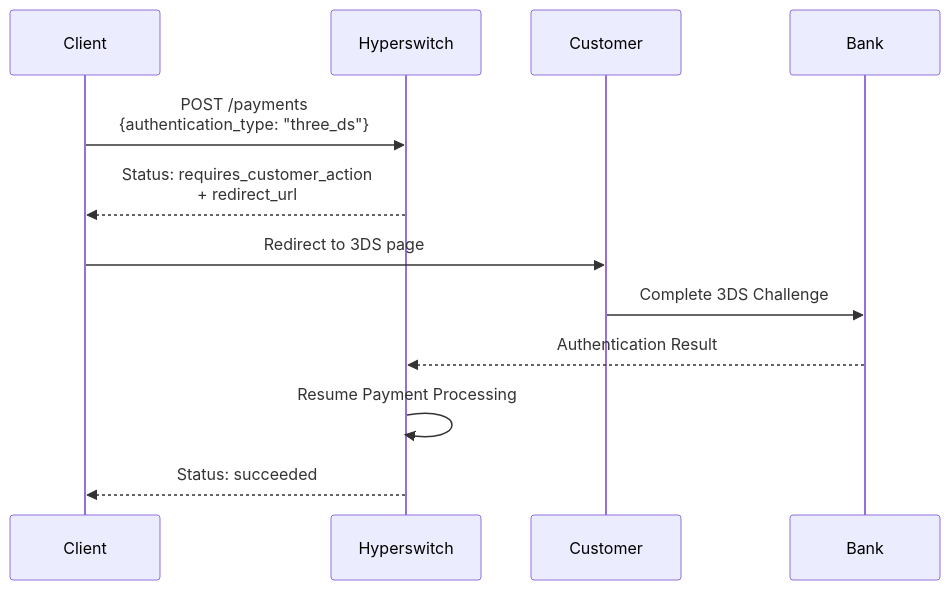
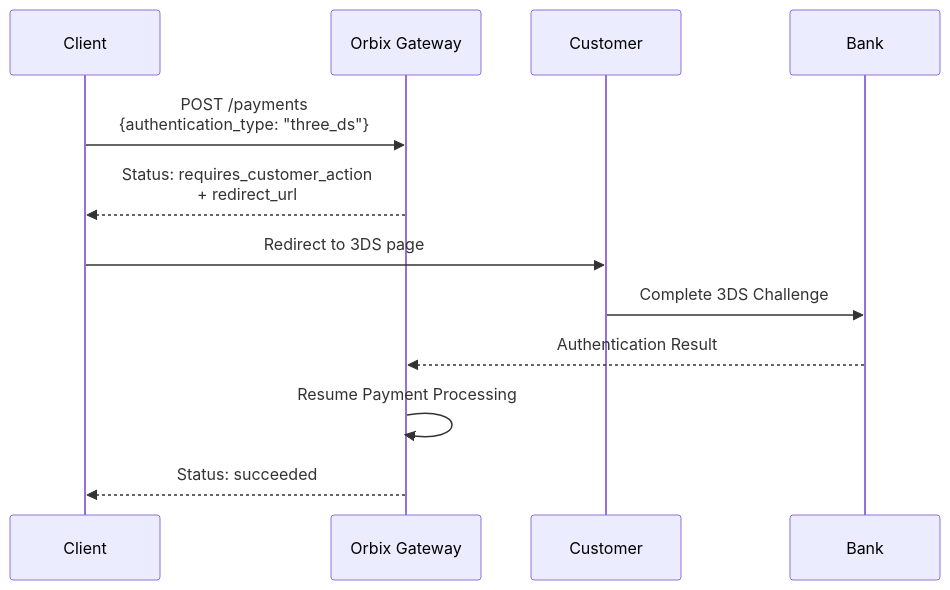
One commit to NoxlyDev/orbix-gateway changed the fifth of 10 diagrams in api-reference/v1/payments/payment--flows.mdx. Above: the diagram before and after it, drawn with Mermaid. The commit also changed other lines of this file and 2073 other files, not shown here.

Commit message:
rename: hyperswitch/juspay -> orbix (content + paths), masking as path dep

````diff
--- a/api-reference/v1/payments/payment--flows.mdx
+++ b/api-reference/v1/payments/payment--flows.mdx
@@ -119,16 +119,16 @@
 ```mermaid
 sequenceDiagram
     participant Client
-    participant Hyperswitch
+    participant Orbix Gateway
     participant Customer
     participant Bank
     
-    Client->>Hyperswitch: POST /payments<br/>{authentication_type: "three_ds"}
-    Hyperswitch-->>Client: Status: requires_customer_action<br/>+ redirect_url
+    Client->>Orbix Gateway: POST /payments<br/>{authentication_type: "three_ds"}
+    Orbix Gateway-->>Client: Status: requires_customer_action<br/>+ redirect_url
     
     Client->>Customer: Redirect to 3DS page
     Customer->>Bank: Complete 3DS Challenge
-    Bank-->>Hyperswitch: Authentication Result
-    Hyperswitch->>Hyperswitch: Resume Payment Processing
-    Hyperswitch-->>Client: Status: succeeded
+    Bank-->>Orbix Gateway: Authentication Result
+    Orbix Gateway->>Orbix Gateway: Resume Payment Processing
+    Orbix Gateway-->>Client: Status: succeeded
 ```
````
